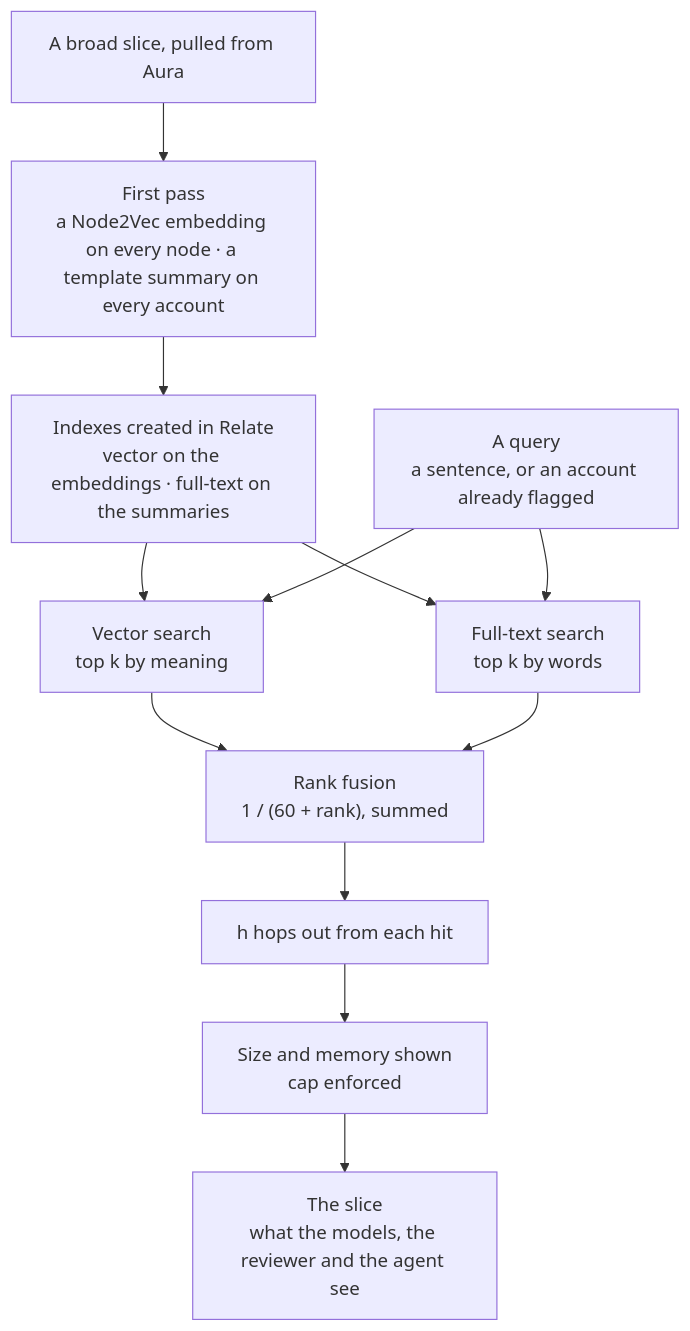
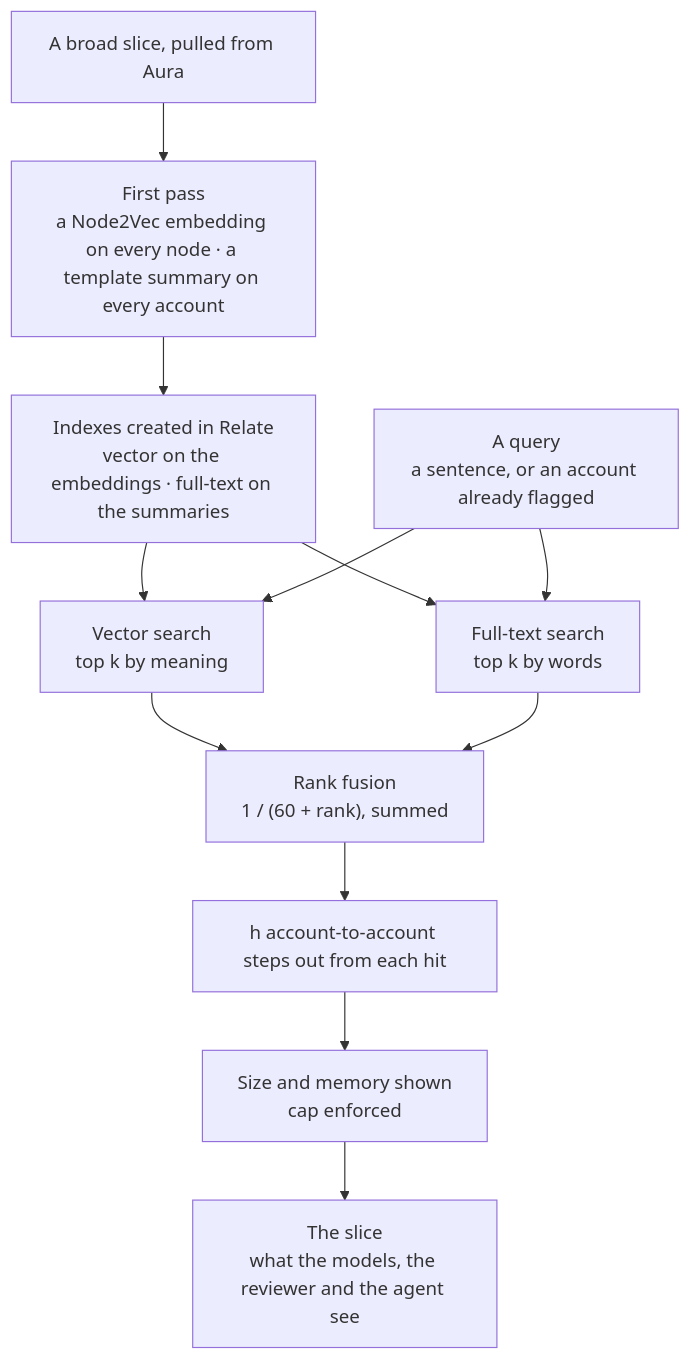
The diagram in architecture-docs/02-the-slice.md (EastridgeAnalytics/subgraph-lab), drawn with Mermaid before and after one commit. The commit also changed other lines of this file and 12 other files, not shown here.

First line of the commit message:
5c: a hop is an account step, default 1; the plan counts created and updated from the master graph

````diff
--- a/architecture-docs/02-the-slice.md
+++ b/architecture-docs/02-the-slice.md
@@ -6,21 +6,21 @@
 ```mermaid
 flowchart TB
   pull["A broad slice, pulled from Aura"]
   first["First pass<br/>a Node2Vec embedding on every node · a template summary on every account"]
   idx["Indexes created in Relate<br/>vector on the embeddings · full-text on the summaries"]
   q["A query<br/>a sentence, or an account already flagged"]
   vec["Vector search<br/>top k by meaning"]
   ft["Full-text search<br/>top k by words"]
   rrf["Rank fusion<br/>1 / (60 + rank), summed"]
-  hops["h hops out from each hit"]
+  hops["h account-to-account steps out from each hit"]
   size["Size and memory shown<br/>cap enforced"]
   slice["The slice<br/>what the models, the reviewer and the agent see"]
   pull --> first --> idx
   idx --> vec
   idx --> ft
   q --> vec
   q --> ft
   vec --> rrf
   ft --> rrf
   rrf --> hops --> size --> slice
 ```
````
